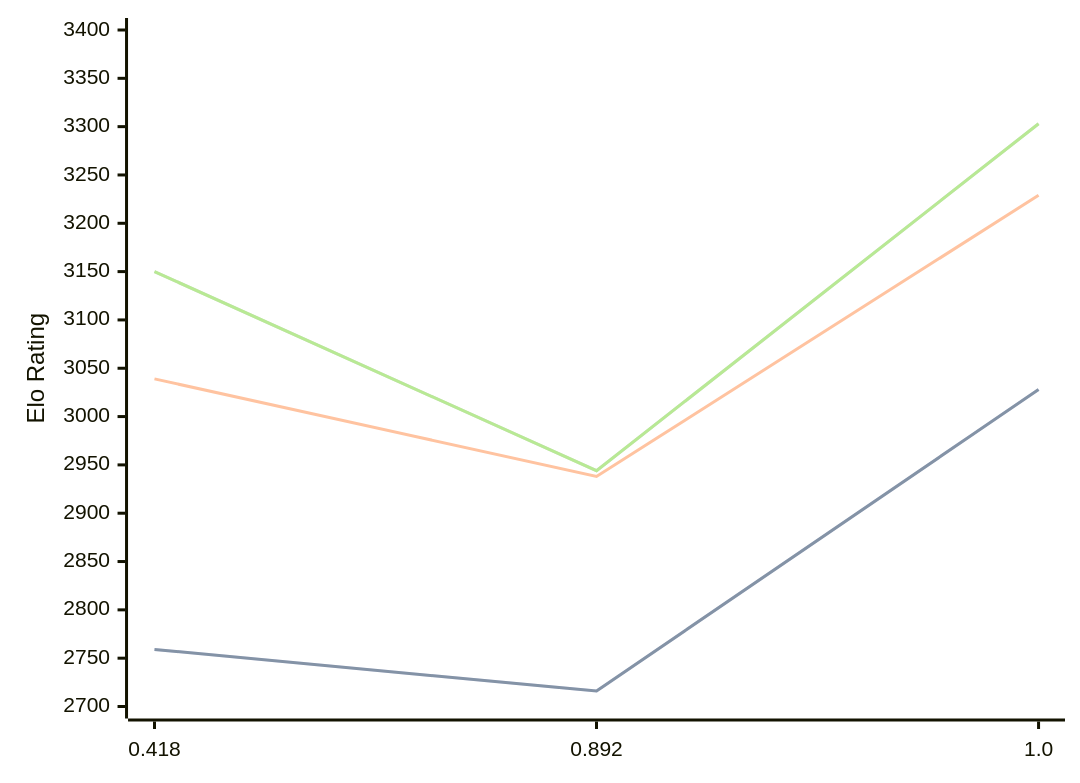
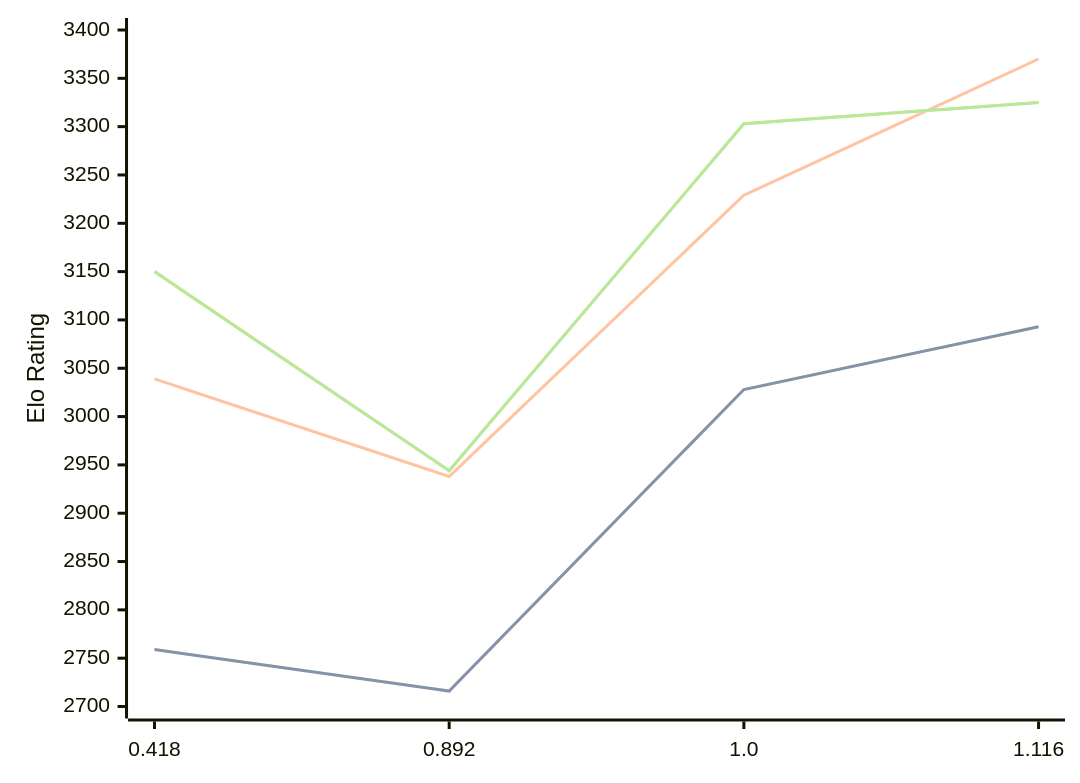
One commit to computer-chess-index/cci changed the diagram in engines/Malika.md. Above: the diagram before and after it, drawn with Mermaid. The commit also changed other lines of this file, not shown here.

Commit message:
Update CCI Ratings (ELO VLTC) - 2026-05-08

````diff
--- a/engines/Malika.md
+++ b/engines/Malika.md
@@ -33,11 +34,11 @@
 ```mermaid
 %%{init: {"theme":"base","themeVariables":{"seriesColors:['#a3a3a3','#222221','#faa371']}}}%%
 xychart-beta
-  x-axis ["0.418", "0.892", "1.0"]
+  x-axis ["0.418", "0.892", "1.0", "1.116"]
   y-axis "Elo Rating" 2700 --> 3400
-  line "STC (8.0+0.08s)" [2759, 2716, 3028]
-  line "STC (8.0+0.08s)" [2759, 2716, 3028]
-  line "LTC (60.0+0.60s)" [3039, 2938, 3229]
-  line "VLTC (2m24s+1.12s)" [3150, 2944, 3303]
-  line "VLTC (2m24s+1.12s)" [3150, 2944, 3303]
+  line "STC (8.0+0.08s)" [2759, 2716, 3028, 3093]
+  line "STC (8.0+0.08s)" [2759, 2716, 3028, 3093]
+  line "LTC (60.0+0.60s)" [3039, 2938, 3229, 3370]
+  line "VLTC (2m24s+1.12s)" [3150, 2944, 3303, 3325]
+  line "VLTC (2m24s+1.12s)" [3150, 2944, 3303, 3325]
 ```
````
